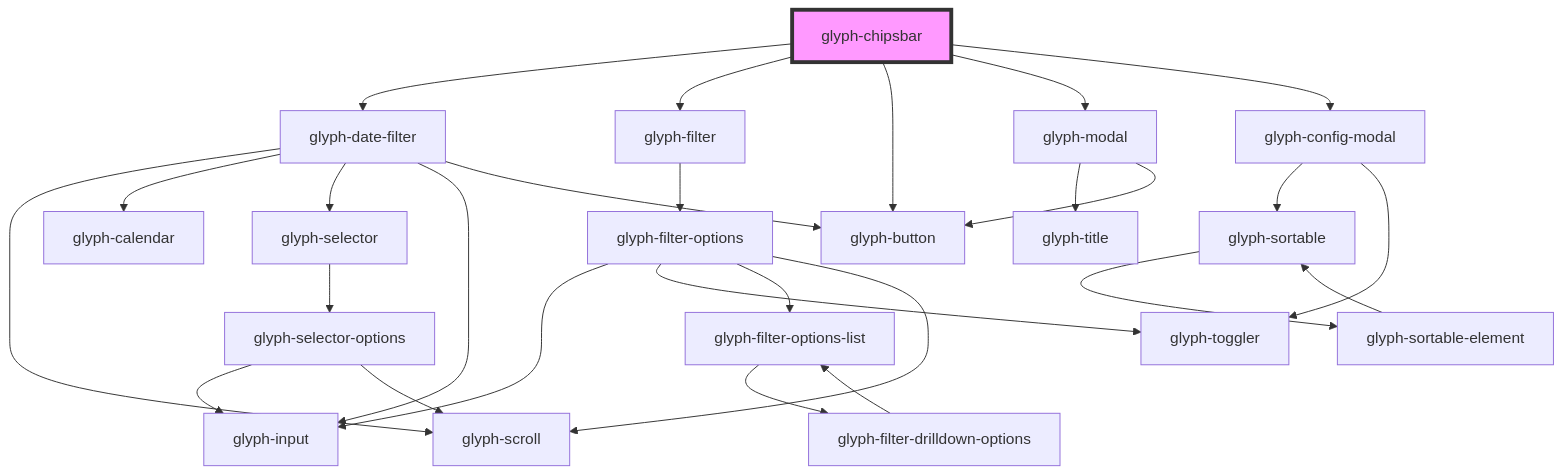
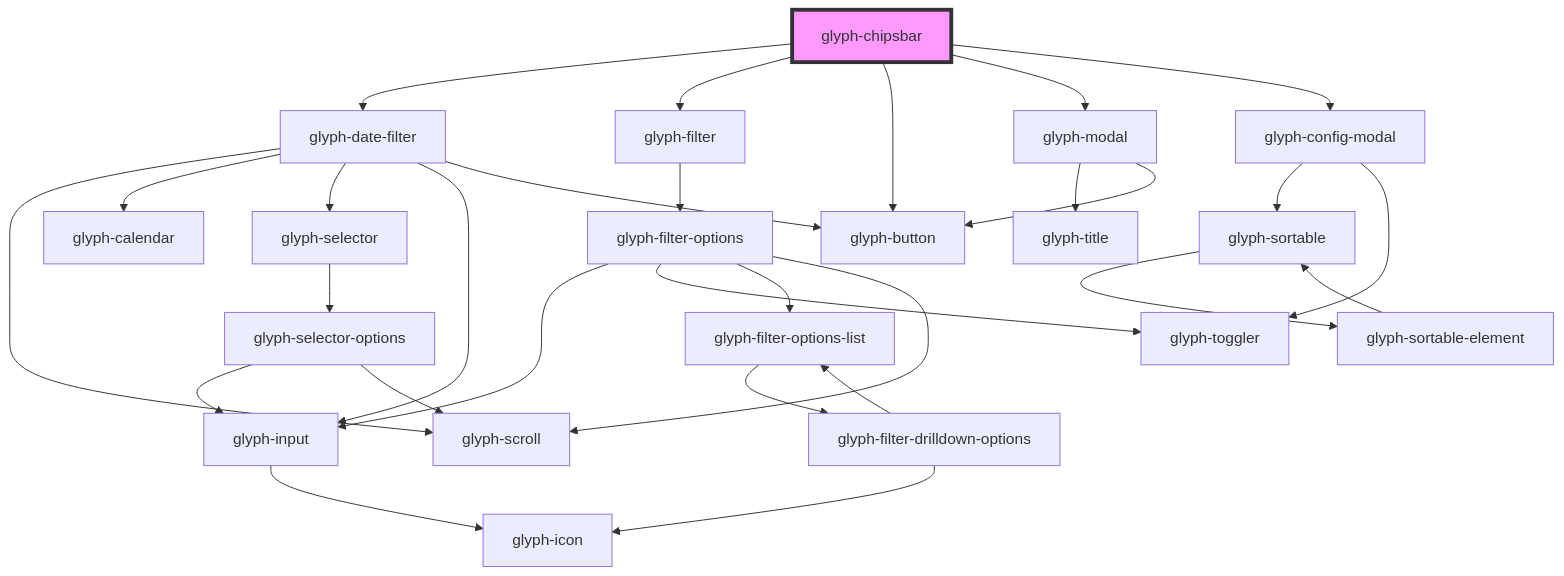
Before and after one commit to adrianiy/synth-ui: the diagram in packages/glyph-components/src/components/layouts/chipsbar/readme.md, drawn with Mermaid. The commit also changed 37 other files, not shown here.

````diff
--- a/packages/glyph-components/src/components/layouts/chipsbar/readme.md
+++ b/packages/glyph-components/src/components/layouts/chipsbar/readme.md
@@ -41,30 +41,32 @@
 ```mermaid
 graph TD;
   glyph-chipsbar --> glyph-date-filter
   glyph-chipsbar --> glyph-filter
   glyph-chipsbar --> glyph-button
   glyph-chipsbar --> glyph-modal
   glyph-chipsbar --> glyph-config-modal
   glyph-date-filter --> glyph-scroll
   glyph-date-filter --> glyph-calendar
   glyph-date-filter --> glyph-selector
   glyph-date-filter --> glyph-input
   glyph-date-filter --> glyph-button
   glyph-selector --> glyph-selector-options
   glyph-selector-options --> glyph-input
   glyph-selector-options --> glyph-scroll
+  glyph-input --> glyph-icon
   glyph-filter --> glyph-filter-options
   glyph-filter-options --> glyph-input
   glyph-filter-options --> glyph-toggler
   glyph-filter-options --> glyph-filter-options-list
   glyph-filter-options --> glyph-scroll
   glyph-filter-options-list --> glyph-filter-drilldown-options
   glyph-filter-drilldown-options --> glyph-filter-options-list
+  glyph-filter-drilldown-options --> glyph-icon
   glyph-modal --> glyph-title
   glyph-modal --> glyph-button
   glyph-config-modal --> glyph-sortable
   glyph-config-modal --> glyph-toggler
   glyph-sortable --> glyph-sortable-element
   glyph-sortable-element --> glyph-sortable
   style glyph-chipsbar fill:#f9f,stroke:#333,stroke-width:4px
 ```
````
